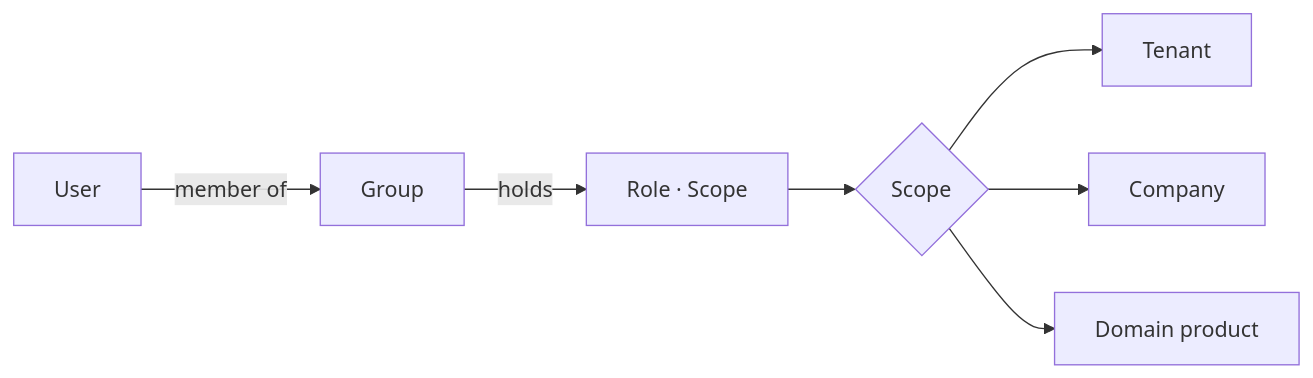
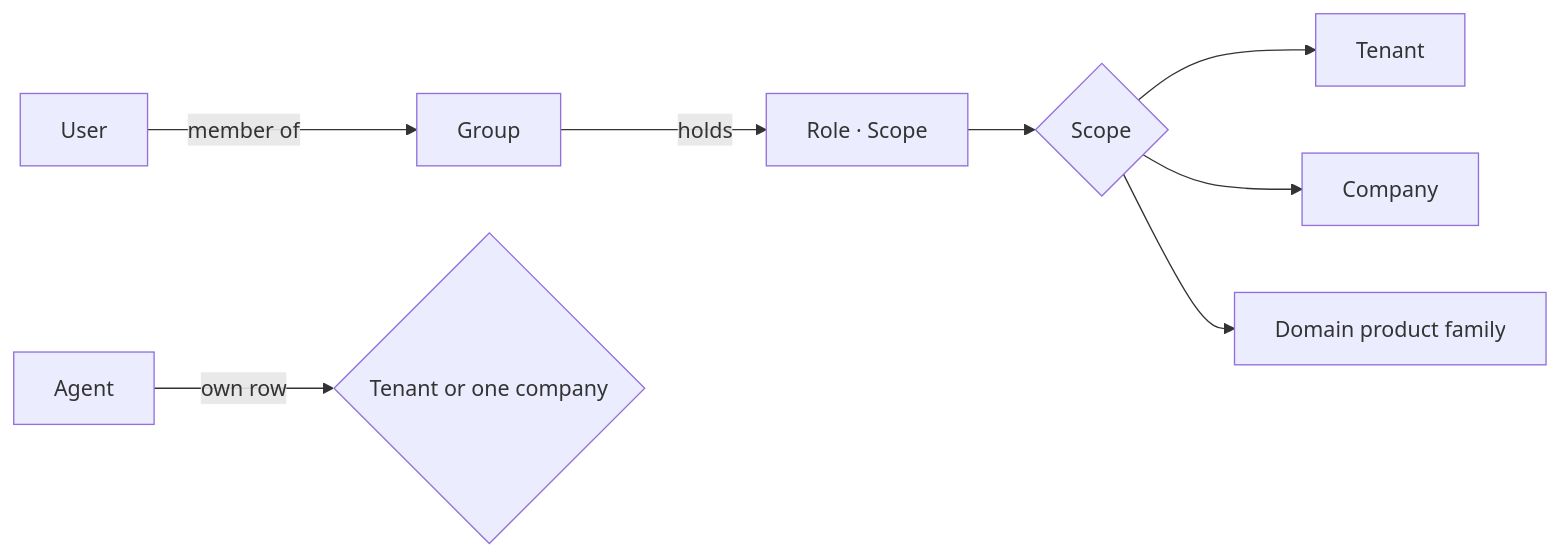
The diagram in docs/adr/0003-native-authorisation-model.md (slimfarhanigithub/ontaix), drawn with Mermaid before and after one commit. The commit also changed other lines of this file and 9 other files, not shown here.

````diff
--- a/docs/adr/0003-native-authorisation-model.md
+++ b/docs/adr/0003-native-authorisation-model.md
@@ -15,9 +17,10 @@
 ```mermaid
 flowchart LR
   user[User] -->|member of| group[Group]
   group -->|holds| role["Role · Scope"]
   role --> scope{Scope}
   scope --> tenant[Tenant]
   scope --> company[Company]
-  scope --> domain[Domain product]
+  scope --> family[Domain product family]
+  agent[Agent] -->|own row| ascope{Tenant or one company}
 ```
````
